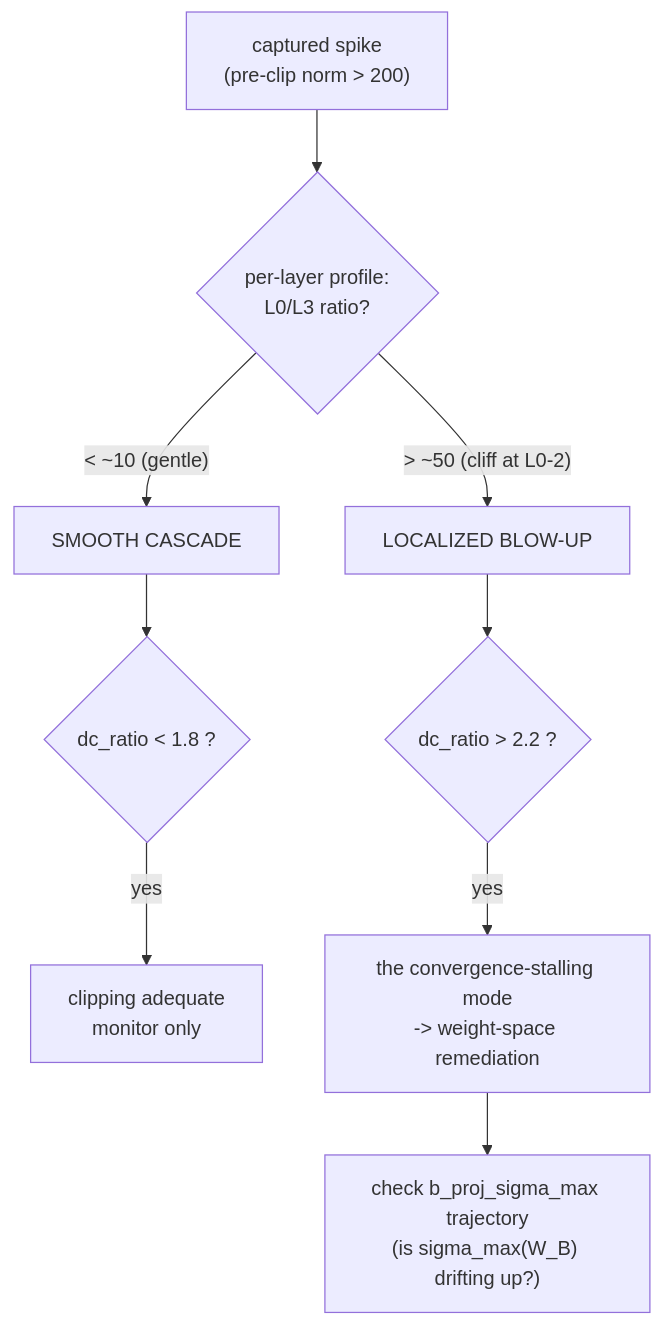
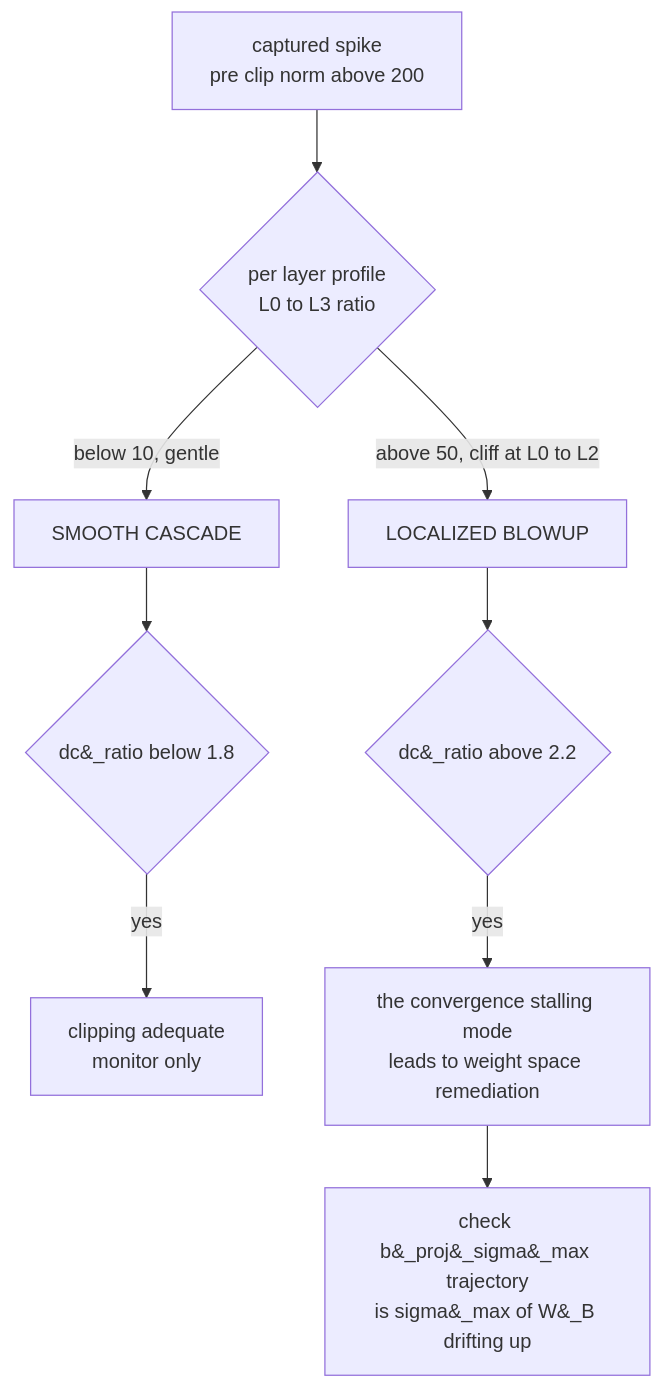
The second of 4 diagrams in companion_notes/Diagnostic_Programme_in_CfC_BAOAB_Integrator.md (dimitarpg13/semsimula-paper), drawn with Mermaid before and after one commit. The commit also changed other lines of this file, not shown here.

````diff
--- a/companion_notes/Diagnostic_Programme_in_CfC_BAOAB_Integrator.md
+++ b/companion_notes/Diagnostic_Programme_in_CfC_BAOAB_Integrator.md
@@ -442,11 +430,11 @@
 ```mermaid
 flowchart TD
-    S["captured spike<br/>(pre-clip norm > 200)"] --> Q1{"per-layer profile:<br/>L0/L3 ratio?"}
-    Q1 -->|"&lt; ~10 (gentle)"| SM["SMOOTH CASCADE"]
-    Q1 -->|"&gt; ~50 (cliff at L0-2)"| LO["LOCALIZED BLOW-UP"]
-    SM --> Q2{"dc_ratio &lt; 1.8 ?"}
-    LO --> Q3{"dc_ratio &gt; 2.2 ?"}
-    Q2 -->|yes| SMOK["clipping adequate<br/>monitor only"]
-    Q3 -->|yes| LOACT["the convergence-stalling mode<br/>-> weight-space remediation"]
-    LOACT --> R["check b_proj_sigma_max trajectory<br/>(is sigma_max(W_B) drifting up?)"]
+    S["captured spike<br>pre clip norm above 200"] --> Q1{"per layer profile<br>L0 to L3 ratio"}
+    Q1 -->|below 10, gentle| SM["SMOOTH CASCADE"]
+    Q1 -->|above 50, cliff at L0 to L2| LO["LOCALIZED BLOWUP"]
+    SM --> Q2{"dc&#95;ratio below 1.8"}
+    LO --> Q3{"dc&#95;ratio above 2.2"}
+    Q2 -->|yes| SMOK["clipping adequate<br>monitor only"]
+    Q3 -->|yes| LOACT["the convergence stalling mode<br>leads to weight space remediation"]
+    LOACT --> R["check b&#95;proj&#95;sigma&#95;max trajectory<br>is sigma&#95;max of W&#95;B drifting up"]
 ```
````
